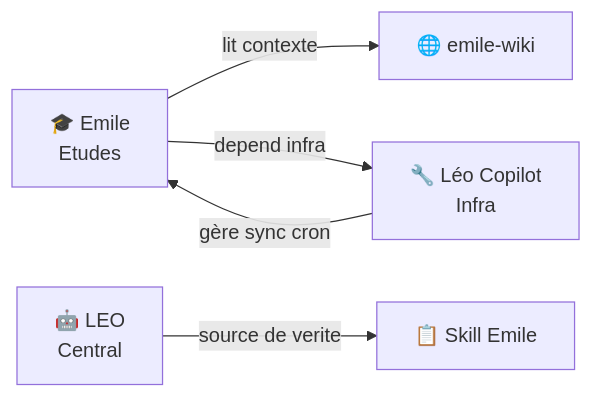
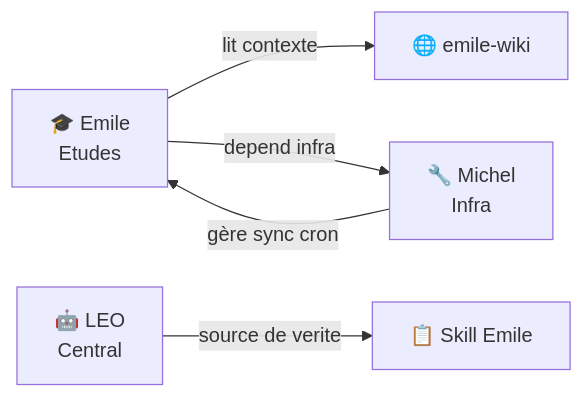
One commit to christophedanhier-hash/BAVI_LEO changed the fifth of 5 diagrams in docs/wiki/agent-pro/bureau-emile/analyse-bot-emile.md. Above: the diagram before and after it, drawn with Mermaid. The commit also changed other lines of this file and 18 other files, not shown here.

Commit message:
v1d: Nettoyage complet - remplacement Léo Copilot/Copilote → Michel dans tous les docs

````diff
--- a/docs/wiki/agent-pro/bureau-emile/analyse-bot-emile.md
+++ b/docs/wiki/agent-pro/bureau-emile/analyse-bot-emile.md
@@ -271,7 +271,7 @@
 ```mermaid
 flowchart LR
     E[🎓 Emile<br/>Etudes] -->|lit contexte| W[🌐 emile-wiki]
-    E -->|depend infra| LC[🔧 Léo Copilot<br/>Infra]
+    E -->|depend infra| LC[🔧 Michel<br/>Infra]
     LC -->|gère sync cron| E
     L[🤖 LEO<br/>Central] -->|source de verite| SK[📋 Skill Emile]
 ```
````
